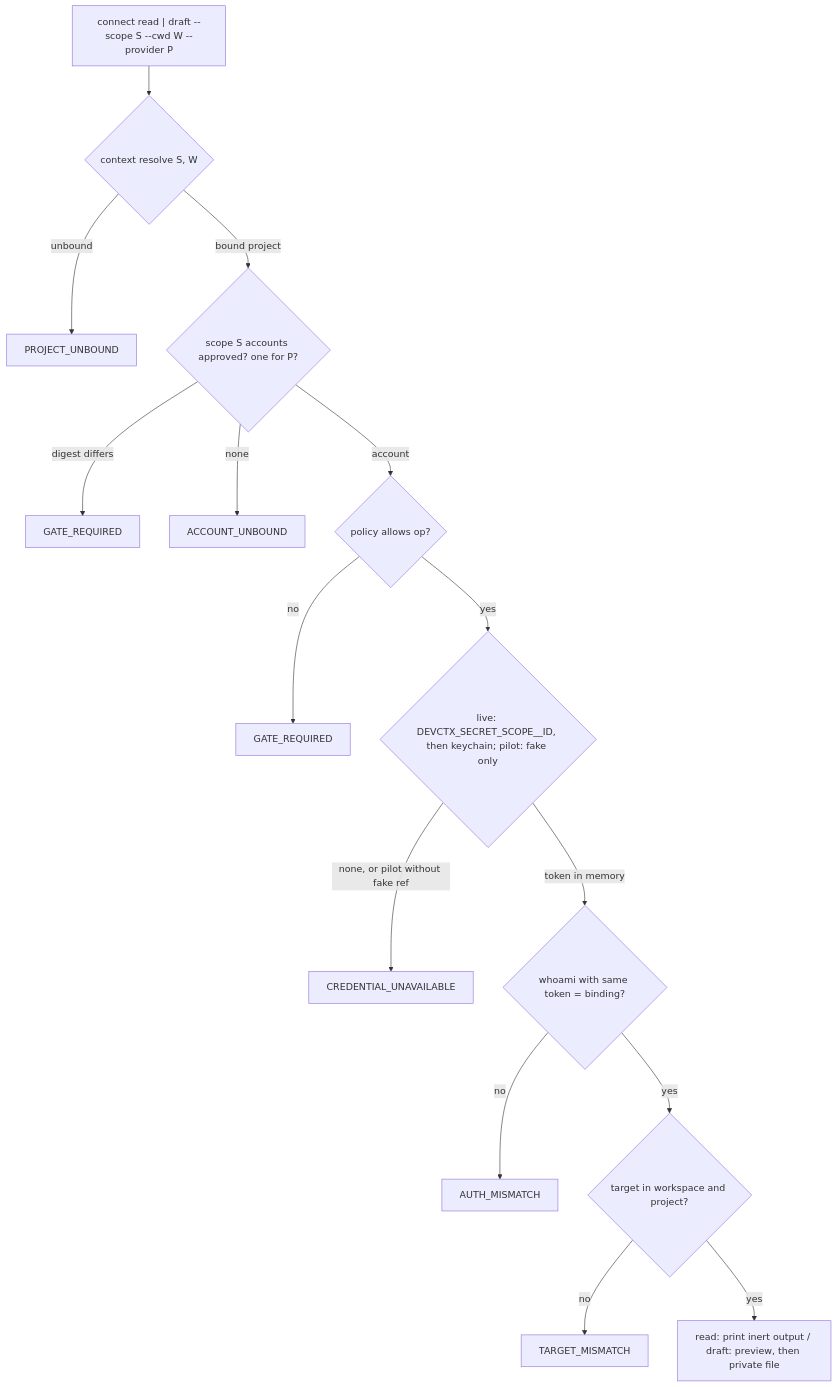
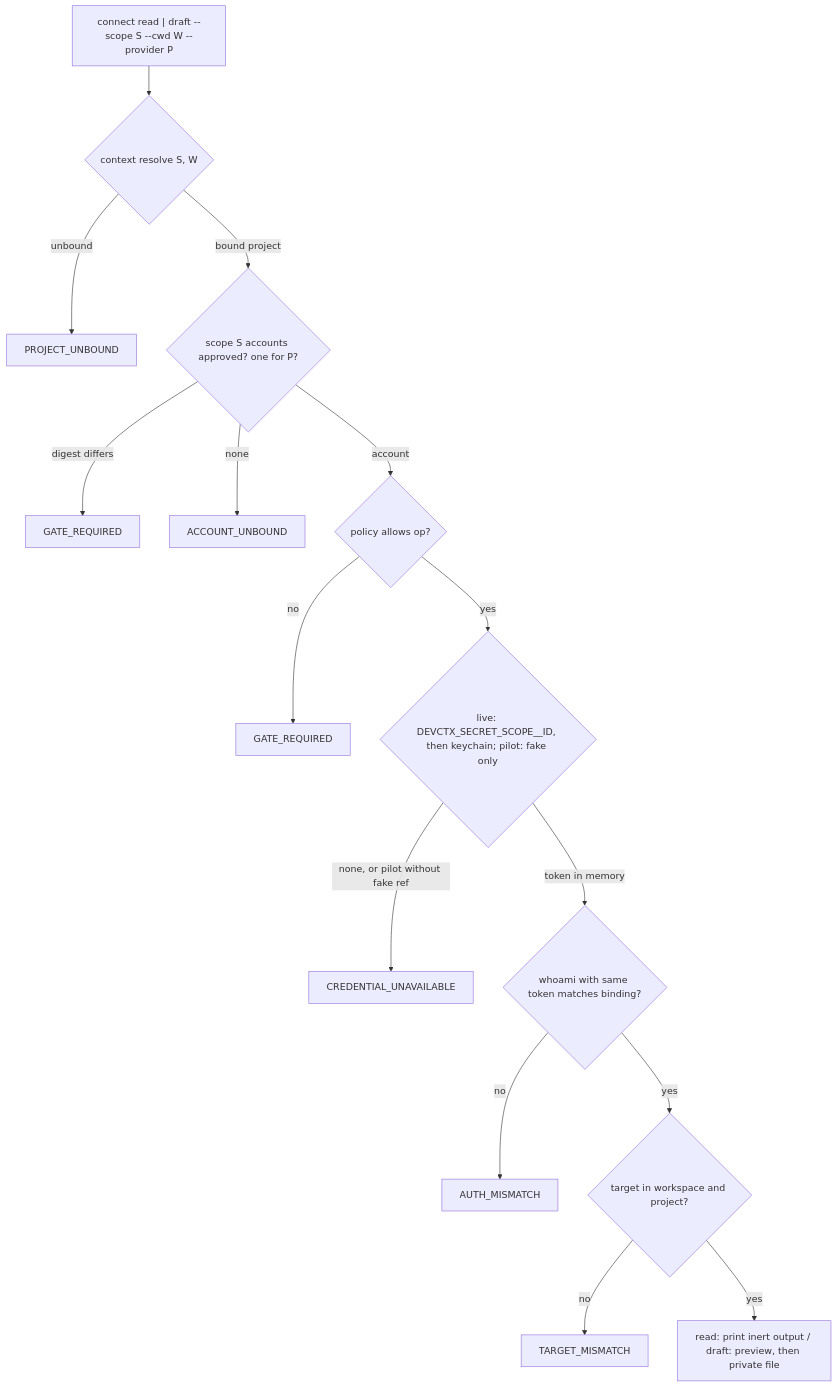
The first of 3 diagrams in docs/plans/2026-10-17-001-feat-organization-identity-routing-plan.md (sundharesan11/developer-context-kit), drawn with Mermaid before and after one commit. The commit also changed 1 other file, not shown here.

Commit message:
Allowlist the routing plan and reword a diagram label the package audit flagged

````diff
--- a/docs/plans/2026-10-17-001-feat-organization-identity-routing-plan.md
+++ b/docs/plans/2026-10-17-001-feat-organization-identity-routing-plan.md
@@ -176,17 +176,17 @@
 ```mermaid
 flowchart TB
   C["connect read | draft --scope S --cwd W --provider P"] --> R{"context resolve S, W"}
   R -->|unbound| X0[PROJECT_UNBOUND]
   R -->|bound project| A{"scope S accounts approved? one for P?"}
   A -->|digest differs| X1[GATE_REQUIRED]
   A -->|none| X2[ACCOUNT_UNBOUND]
   A -->|account| G{"policy allows op?"}
   G -->|no| X3[GATE_REQUIRED]
   G -->|yes| S{"live: DEVCTX_SECRET_SCOPE__ID, then keychain; pilot: fake only"}
   S -->|none, or pilot without fake ref| X4[CREDENTIAL_UNAVAILABLE]
-  S -->|token in memory| W{"whoami with same token = binding?"}
+  S -->|token in memory| W{"whoami with same token matches binding?"}
   W -->|no| X5[AUTH_MISMATCH]
   W -->|yes| T{"target in workspace and project?"}
   T -->|no| X6[TARGET_MISMATCH]
   T -->|yes| O[read: print inert output / draft: preview, then private file]
 ```
````
